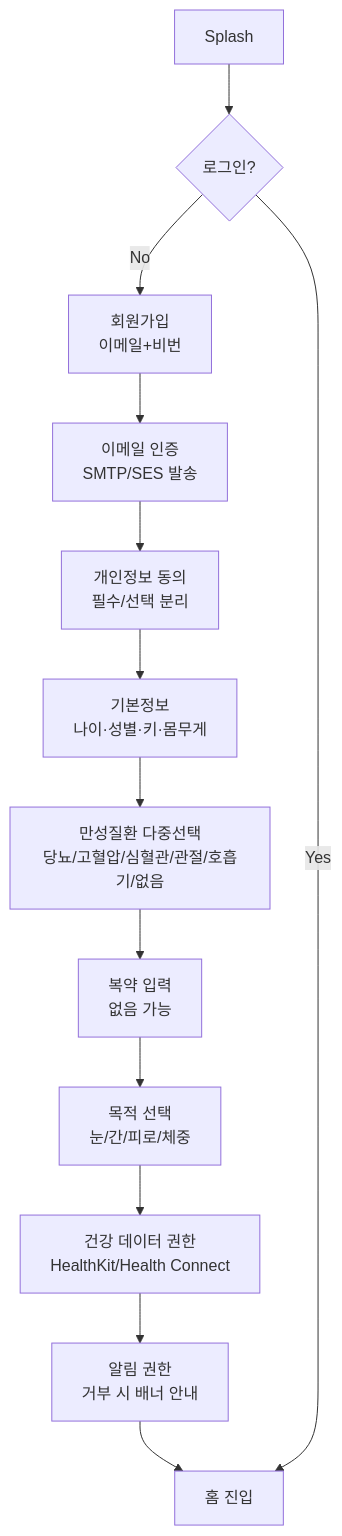
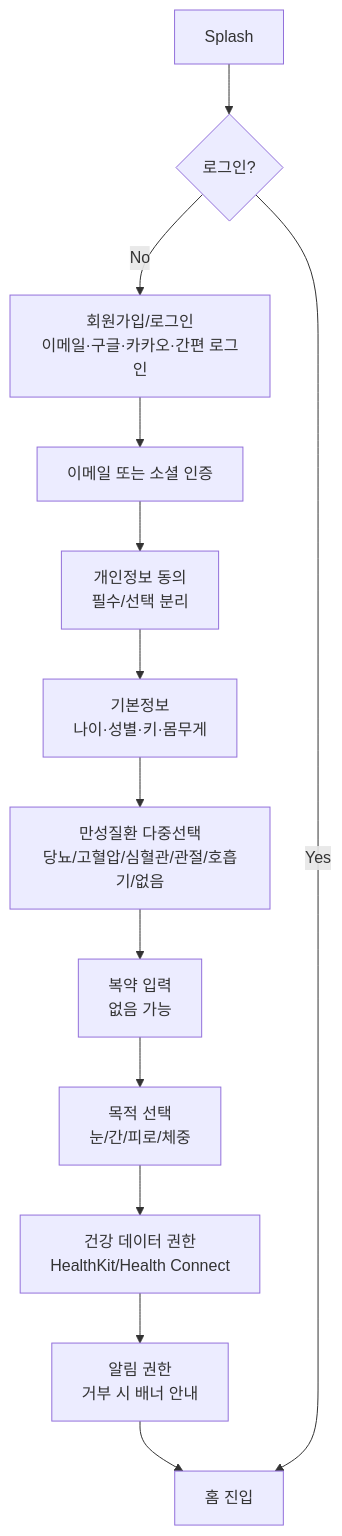
One commit to Lemon-Aid-KDT/Lemon-sin changed the second of 12 diagrams in PROJECT_GUIDE.md. Above: the diagram before and after it, drawn with Mermaid. The commit also changed other lines of this file and 139 other files, not shown here.

````diff
--- a/PROJECT_GUIDE.md
+++ b/PROJECT_GUIDE.md
@@ -243,15 +242,15 @@
 ```mermaid
 flowchart TD
     S[Splash] --> L{로그인?}
-    L -- No --> SU[회원가입<br/>이메일+비번]
-    SU --> EV[이메일 인증<br/>SMTP/SES 발송]
+    L -- No --> SU[회원가입/로그인<br/>이메일·구글·카카오·간편 로그인]
+    SU --> EV[이메일 또는 소셜 인증]
     EV --> CN[개인정보 동의<br/>필수/선택 분리]
     CN --> P1[기본정보<br/>나이·성별·키·몸무게]
     P1 --> P2[만성질환 다중선택<br/>당뇨/고혈압/심혈관/관절/호흡기/없음]
     P2 --> P3[복약 입력<br/>없음 가능]
     P3 --> P4[목적 선택<br/>눈/간/피로/체중]
     P4 --> P5[건강 데이터 권한<br/>HealthKit/Health Connect]
     P5 --> P6[알림 권한<br/>거부 시 배너 안내]
     P6 --> H[홈 진입]
     L -- Yes --> H
 ```
````
